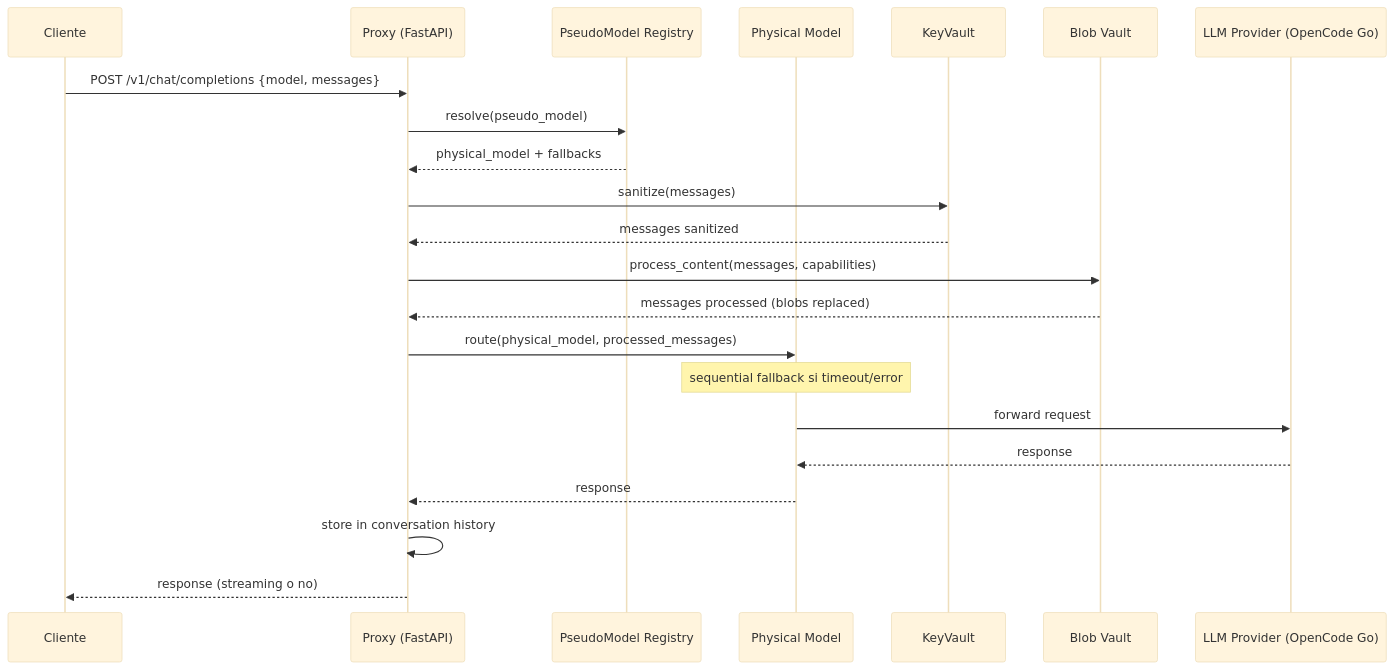
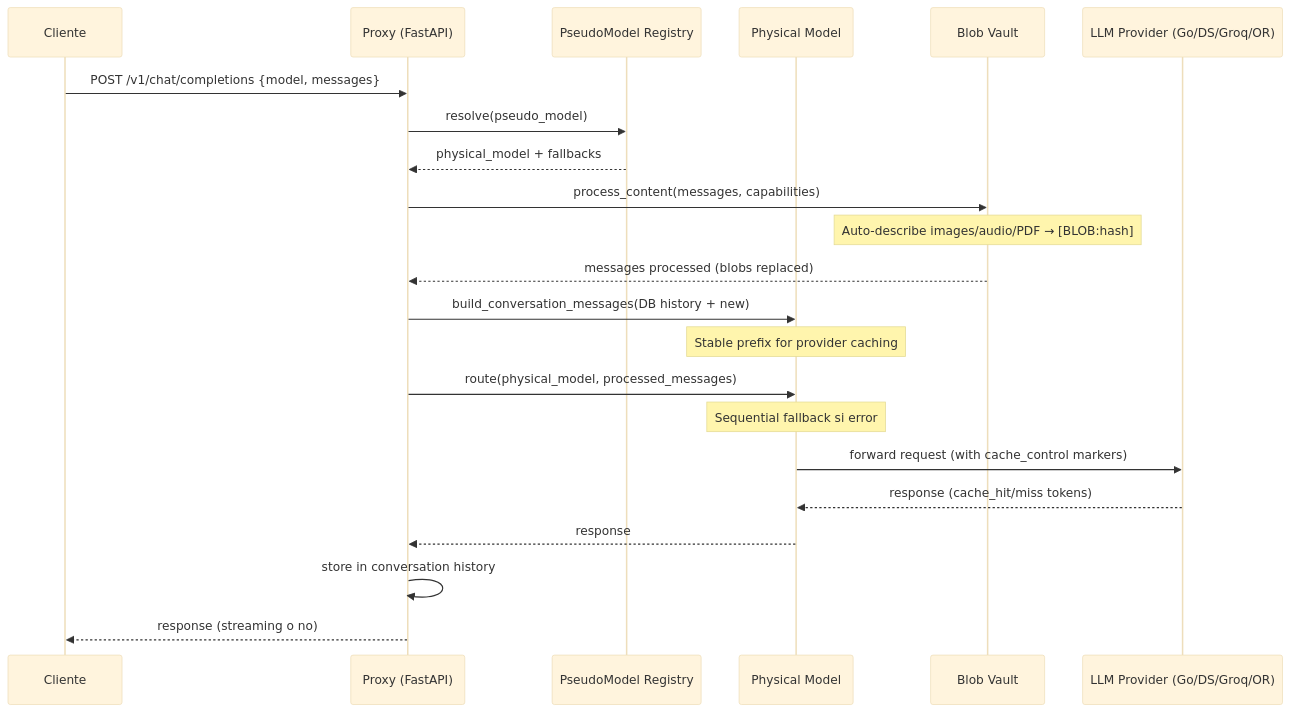
Before and after one commit to CesarGuzmanLopez/proxy-cesar: the first of 8 diagrams in diagramas.md, drawn with Mermaid (base theme). The commit also changed other lines of this file and 4 other files, not shown here.

First line of the commit message:
docs: v1.1 — update diagrams, README, delete CLAUDE.md

````diff
--- a/diagramas.md
+++ b/diagramas.md
@@ -9,25 +9,25 @@
 ```mermaid
 sequenceDiagram
     participant C as Cliente
     participant P as Proxy (FastAPI)
     participant PM as PseudoModel Registry
     participant PH as Physical Model
-    participant KV as KeyVault
     participant BV as Blob Vault
-    participant LLM as LLM Provider (OpenCode Go)
+    participant LLM as LLM Provider (Go/DS/Groq/OR)
 
     C->>P: POST /v1/chat/completions {model, messages}
     P->>PM: resolve(pseudo_model)
     PM-->>P: physical_model + fallbacks
-    P->>KV: sanitize(messages)
-    KV-->>P: messages sanitized
     P->>BV: process_content(messages, capabilities)
+    Note over BV: Auto-describe images/audio/PDF → [BLOB:hash]
     BV-->>P: messages processed (blobs replaced)
+    P->>PH: build_conversation_messages(DB history + new)
+    Note over PH: Stable prefix for provider caching
     P->>PH: route(physical_model, processed_messages)
-    Note over PH: sequential fallback si timeout/error
-    PH->>LLM: forward request
-    LLM-->>PH: response
+    Note over PH: Sequential fallback si error
+    PH->>LLM: forward request (with cache_control markers)
+    LLM-->>PH: response (cache_hit/miss tokens)
     PH-->>P: response
     P->>P: store in conversation history
     P-->>C: response (streaming o no)
 ```
````
